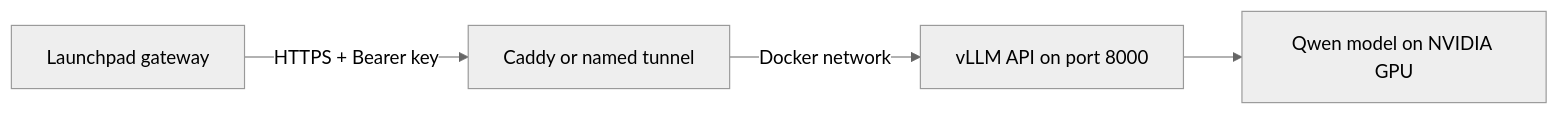
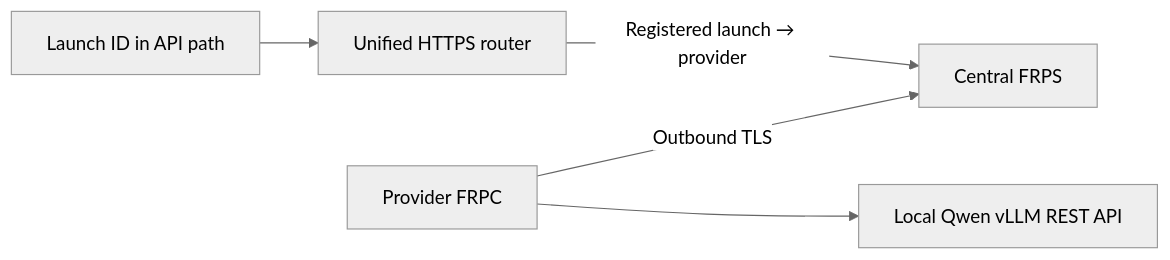
Before and after one commit to xgaozoyoe/cc-launchpad-router: the diagram in README.md, drawn with Mermaid (neutral theme). The commit also changed other lines of this file and 14 other files, not shown here.

Commit message:
Require FRPC and route unified API requests by credit launch ID

````diff
--- a/README.md
+++ b/README.md
@@ -97,6 +15,7 @@
 ```mermaid
 flowchart LR
-    A[Launchpad gateway] -->|HTTPS + Bearer key| B[Caddy or named tunnel]
-    B -->|Docker network| C[vLLM API on port 8000]
-    C --> D[Qwen model on NVIDIA GPU]
+    A[Launch ID in API path] --> B[Unified HTTPS router]
+    B -->|Registered launch → provider| C[Central FRPS]
+    D[Provider FRPC] -->|Outbound TLS| C
+    D --> E[Local Qwen vLLM REST API]
 ```
````
